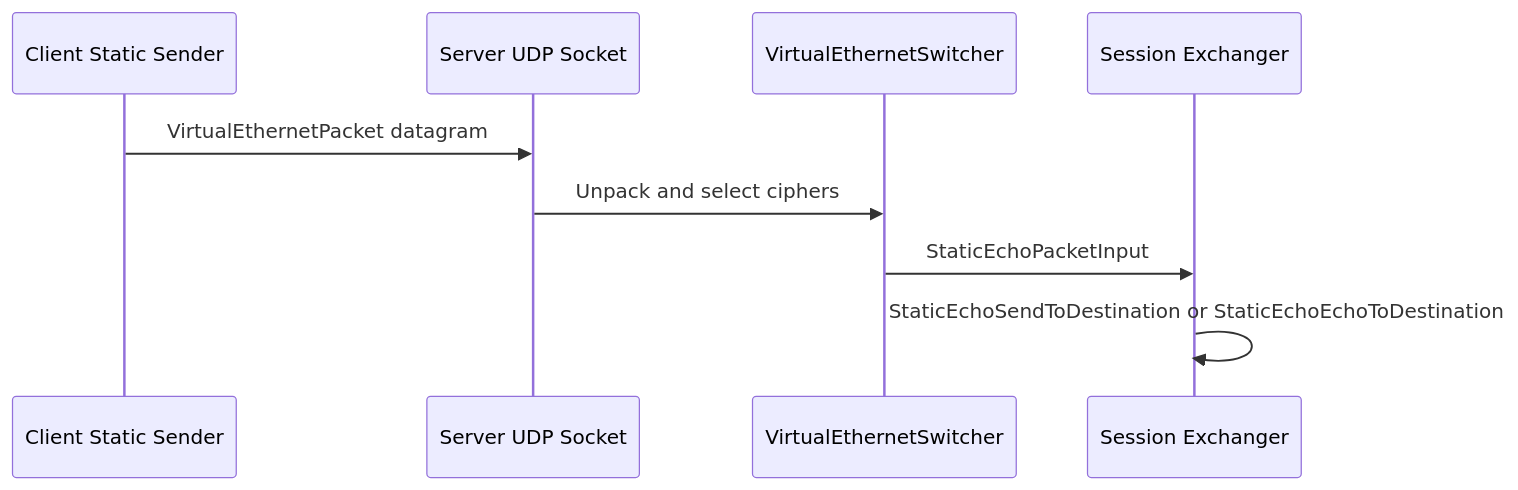
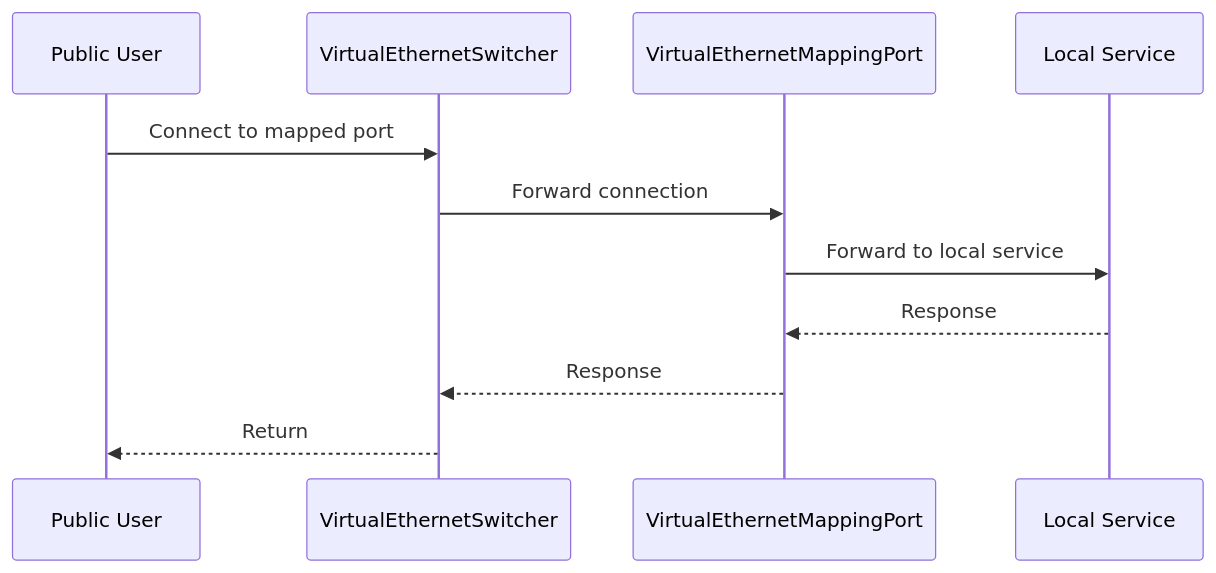
Before and after one commit to HyacinthHaru/openppp2: the seventh of 11 diagrams in docs/SERVER_ARCHITECTURE.md, drawn with Mermaid. The commit also changed other lines of this file and 31 other files, not shown here.

````diff
--- a/docs/SERVER_ARCHITECTURE.md
+++ b/docs/SERVER_ARCHITECTURE.md
@@ -352,11 +285,14 @@
 ```mermaid
 sequenceDiagram
-    participant C as Client Static Sender
-    participant S as Server UDP Socket
-    participant SW as VirtualEthernetSwitcher
-    participant EX as Session Exchanger
-    C->>S: VirtualEthernetPacket datagram
-    S->>SW: Unpack and select ciphers
-    SW->>EX: StaticEchoPacketInput
-    EX->>EX: StaticEchoSendToDestination or StaticEchoEchoToDestination
+    participant U as Public User
+    participant S as VirtualEthernetSwitcher
+    participant M as VirtualEthernetMappingPort
+    participant L as Local Service
+    
+    U->>S: Connect to mapped port
+    S->>M: Forward connection
+    M->>L: Forward to local service
+    L-->>M: Response
+    M-->>S: Response
+    S-->>U: Return
 ```
````
